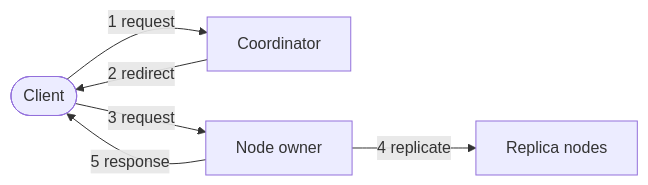
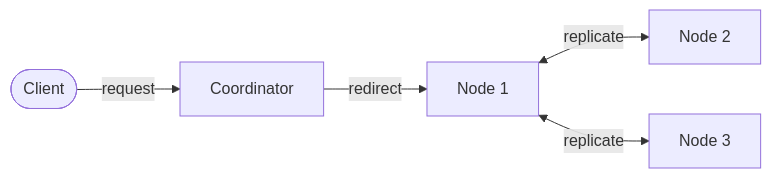
Before and after one commit to diegorezm/distributed-key-value-store: the diagram in README.md, drawn with Mermaid. The commit also changed other lines of this file, not shown here.

````diff
--- a/README.md
+++ b/README.md
@@ -13,13 +16,13 @@
 ```mermaid
 flowchart LR
     Client([Client])
     Coord[Coordinator]
-    Owner[Node owner]
-    Peers[Replica nodes]
+    N1[Node 1]
+    N2[Node 2]
+    N3[Node 3]
 
-    Client -->|1 request| Coord
-    Coord -->|2 redirect| Client
-    Client -->|3 request| Owner
-    Owner -->|4 replicate| Peers
-    Owner -->|5 response| Client
+    Client -->|request| Coord
+    Coord -->|redirect| N1
+    N1 <-->|replicate| N2
+    N1 <-->|replicate| N3
 ```
````
